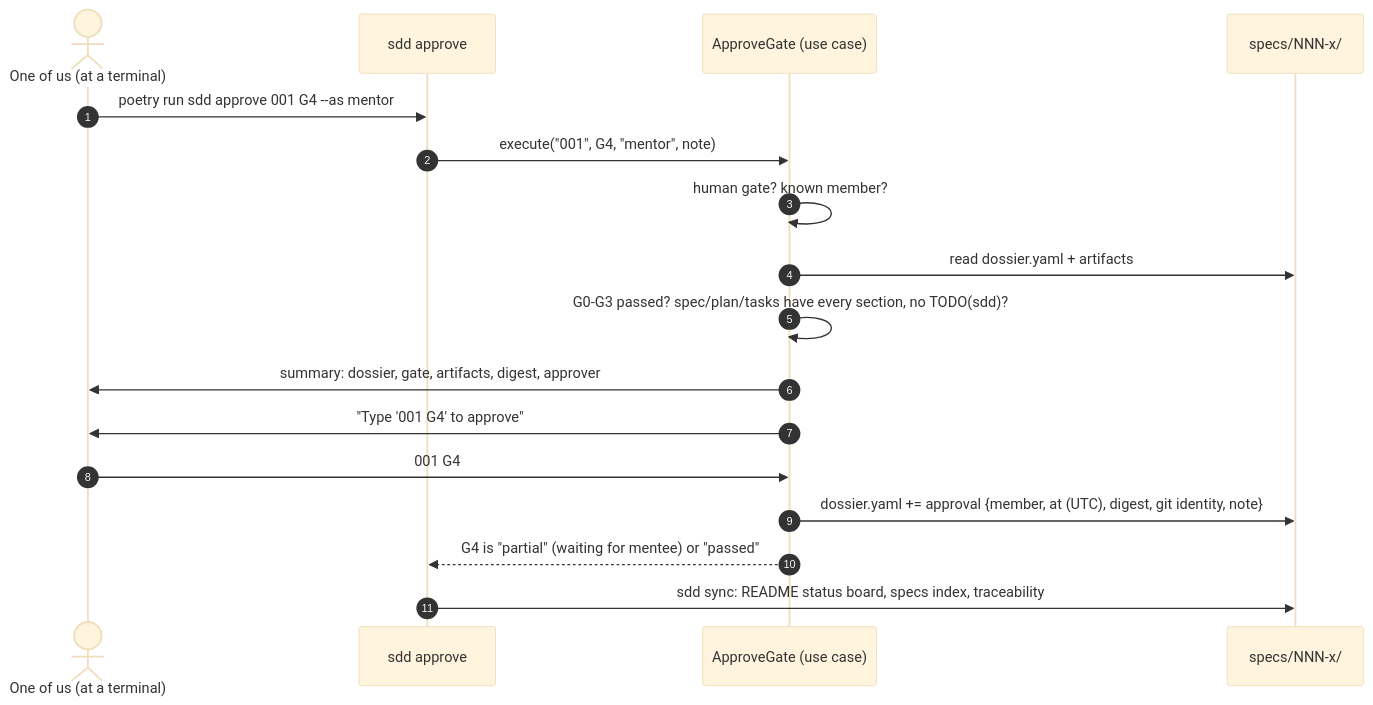
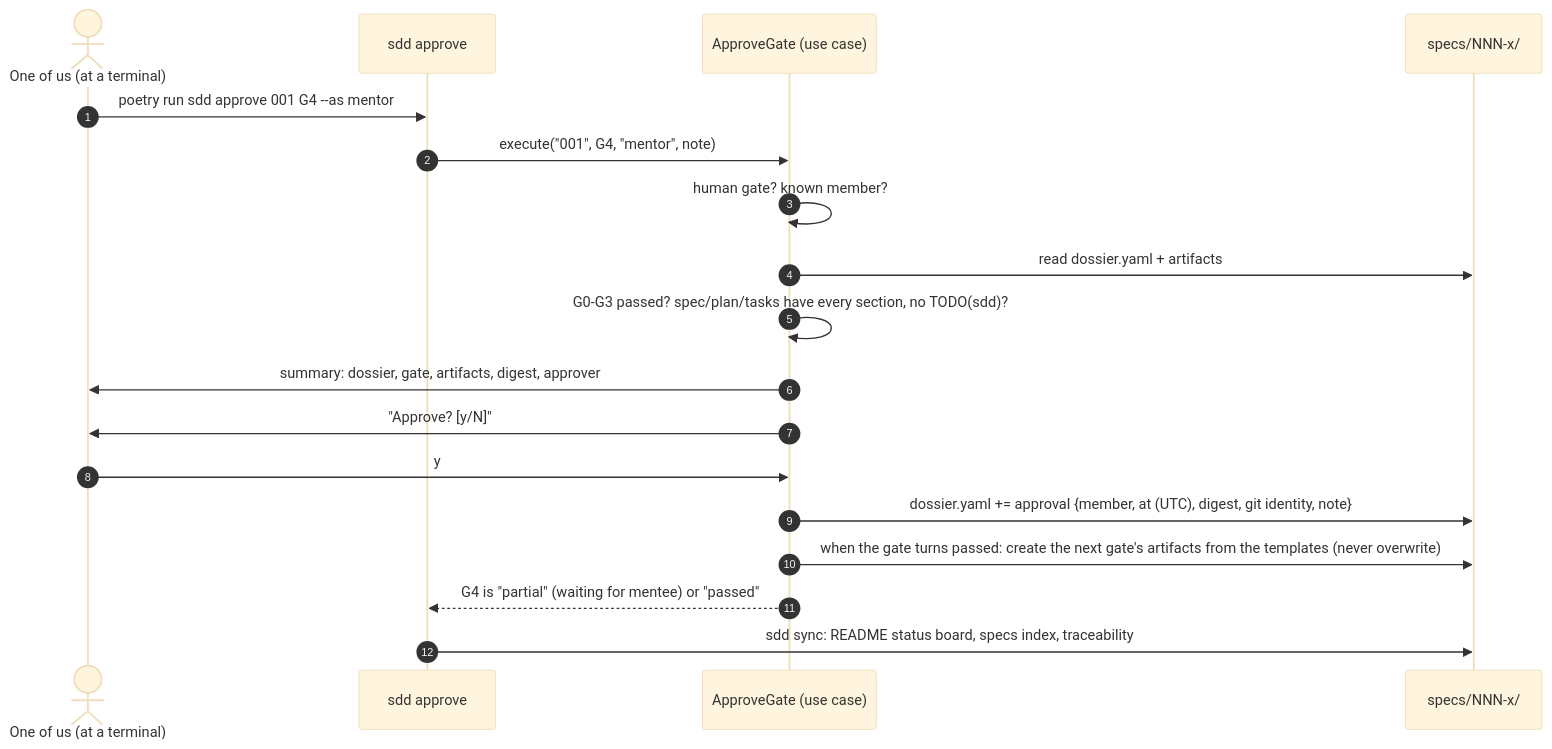
The sixth of 10 diagrams in harness/how-it-works.md (IAugustoMZ/orion_chemicals_data_platform), drawn with Mermaid (base theme) before and after one commit. The commit also changed other lines of this file and 51 other files, not shown here.

````diff
--- a/harness/how-it-works.md
+++ b/harness/how-it-works.md
@@ -247,19 +250,20 @@
 ```mermaid
 sequenceDiagram
     autonumber
     actor P as One of us (at a terminal)
     participant CLI as sdd approve
     participant UC as ApproveGate (use case)
     participant FS as specs/NNN-x/
     P->>CLI: poetry run sdd approve 001 G4 --as mentor
     CLI->>UC: execute("001", G4, "mentor", note)
     UC->>UC: human gate? known member?
     UC->>FS: read dossier.yaml + artifacts
     UC->>UC: G0-G3 passed? spec/plan/tasks have every section, no TODO(sdd)?
     UC->>P: summary: dossier, gate, artifacts, digest, approver
-    UC->>P: "Type '001 G4' to approve"
-    P->>UC: 001 G4
+    UC->>P: "Approve? [y/N]"
+    P->>UC: y
     UC->>FS: dossier.yaml += approval {member, at (UTC), digest, git identity, note}
+    UC->>FS: when the gate turns passed: create the next gate's artifacts from the templates (never overwrite)
     UC-->>CLI: G4 is "partial" (waiting for mentee) or "passed"
     CLI->>FS: sdd sync: README status board, specs index, traceability
 ```
````
